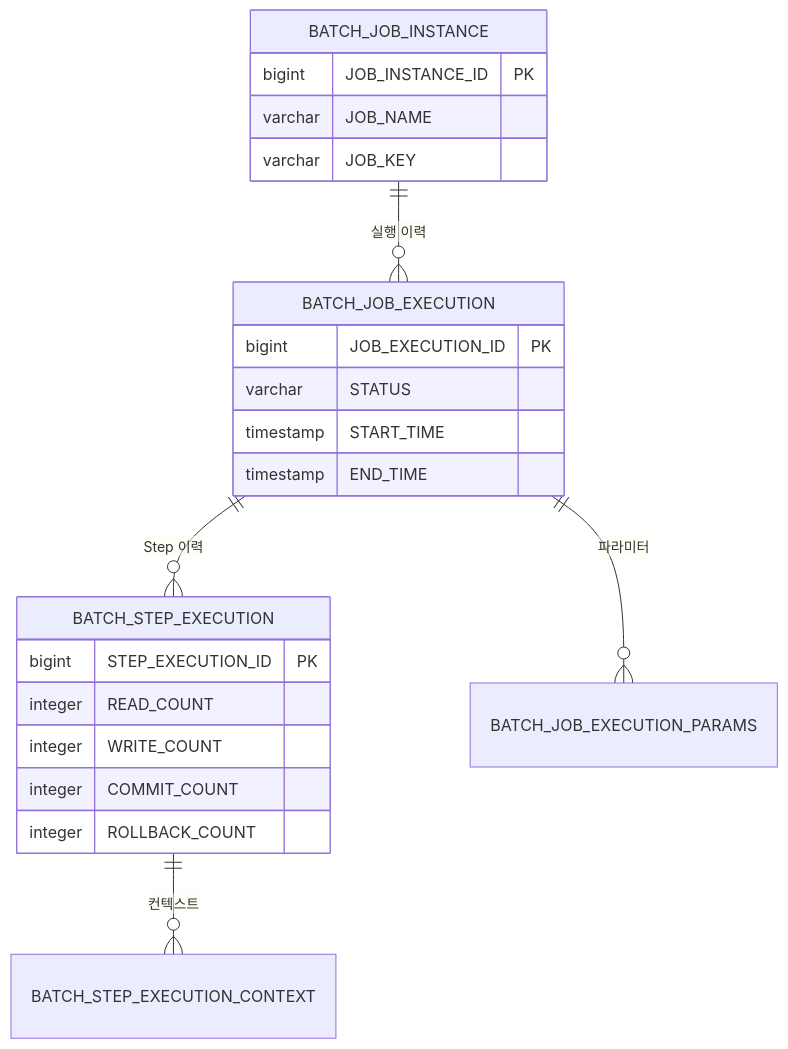
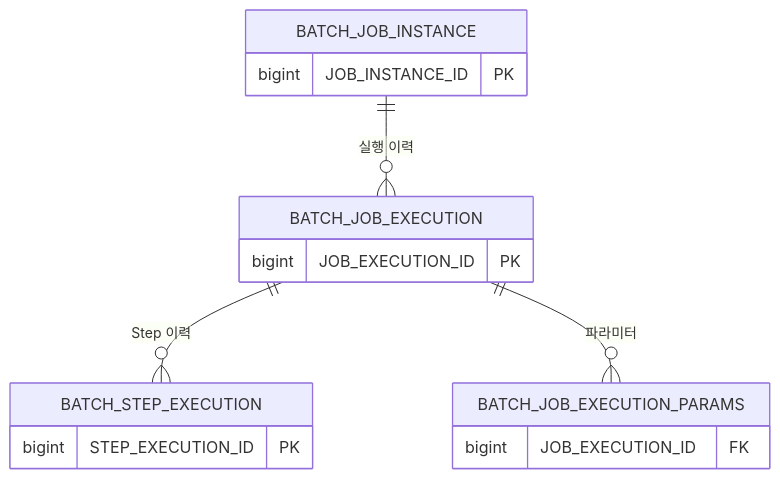
One commit to yjkim2015/yjkim2015.github.io changed the fourth of 5 diagrams in _posts/batch/2026-05-03-spring-batch-fundamentals.md. Above: the diagram before and after it, drawn with Mermaid. The commit also changed other lines of this file and 215 other files, not shown here.

First line of the commit message:
신규 포스트 10개 추가 + Mermaid 전면 축소 + SystemDesign 시리즈 보강

````diff
--- a/_posts/batch/2026-05-03-spring-batch-fundamentals.md
+++ b/_posts/batch/2026-05-03-spring-batch-fundamentals.md
@@ -187,26 +182,10 @@
 ```mermaid
 erDiagram
+    BATCH_JOB_INSTANCE { bigint JOB_INSTANCE_ID PK }
+    BATCH_JOB_EXECUTION { bigint JOB_EXECUTION_ID PK }
+    BATCH_STEP_EXECUTION { bigint STEP_EXECUTION_ID PK }
+    BATCH_JOB_EXECUTION_PARAMS { bigint JOB_EXECUTION_ID FK }
     BATCH_JOB_INSTANCE ||--o{ BATCH_JOB_EXECUTION : "실행 이력"
     BATCH_JOB_EXECUTION ||--o{ BATCH_STEP_EXECUTION : "Step 이력"
     BATCH_JOB_EXECUTION ||--o{ BATCH_JOB_EXECUTION_PARAMS : "파라미터"
-    BATCH_STEP_EXECUTION ||--o{ BATCH_STEP_EXECUTION_CONTEXT : "컨텍스트"
-
-    BATCH_JOB_INSTANCE {
-        bigint JOB_INSTANCE_ID PK
-        varchar JOB_NAME
-        varchar JOB_KEY
-    }
-    BATCH_JOB_EXECUTION {
-        bigint JOB_EXECUTION_ID PK
-        varchar STATUS
-        timestamp START_TIME
-        timestamp END_TIME
-    }
-    BATCH_STEP_EXECUTION {
-        bigint STEP_EXECUTION_ID PK
-        integer READ_COUNT
-        integer WRITE_COUNT
-        integer COMMIT_COUNT
-        integer ROLLBACK_COUNT
-    }
 ```
````
